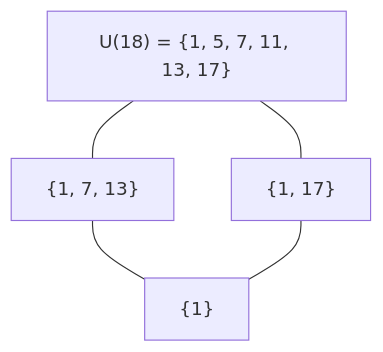
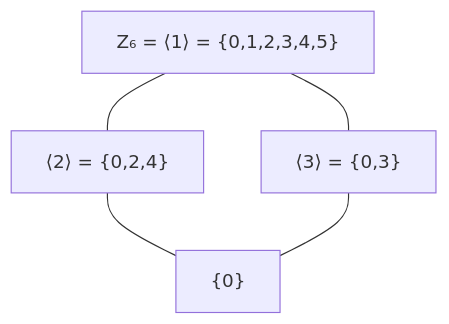
Before and after one commit to gwb-ci/math393: the first of 4 diagrams in classes/07/slides.qmd, drawn with Mermaid. The commit also changed other lines of this file and 36 other files, not shown here.

````diff
--- a/classes/07/slides.qmd
+++ b/classes/07/slides.qmd
@@ -135,20 +95,12 @@
 ```{mermaid}
+flowchart TB
+    Z6["Z₆ = ⟨1⟩ = {0,1,2,3,4,5}"]
+    H2["⟨2⟩ = {0,2,4}"]
+    H3["⟨3⟩ = {0,3}"]
+    E["{0}"]
 
-flowchart TB
-
-    U["U(18) = {1, 5, 7, 11, 13, 17}"]
-
-    H3["{1, 7, 13}"]
-
-    H2["{1, 17}"]
-
-    E["{1}"]
-
-    U --- H3
-
-    U --- H2
-
+    Z6 --- H2
+    Z6 --- H3
+    H2 --- E
     H3 --- E
-
-    H2 --- E
 ```
````
